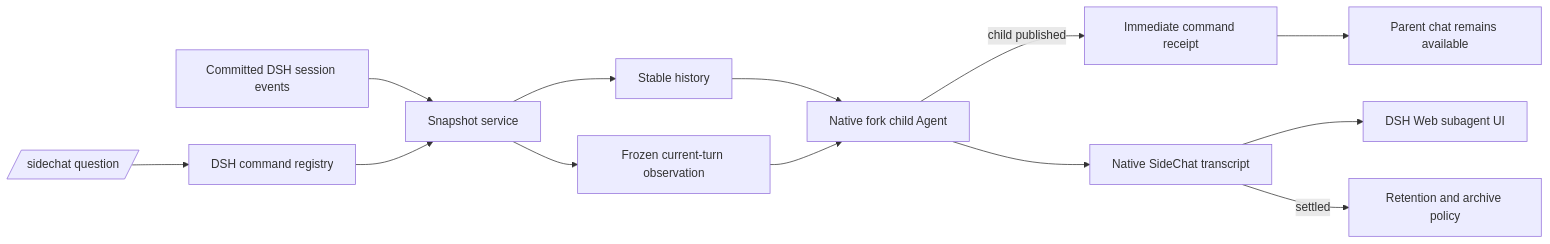
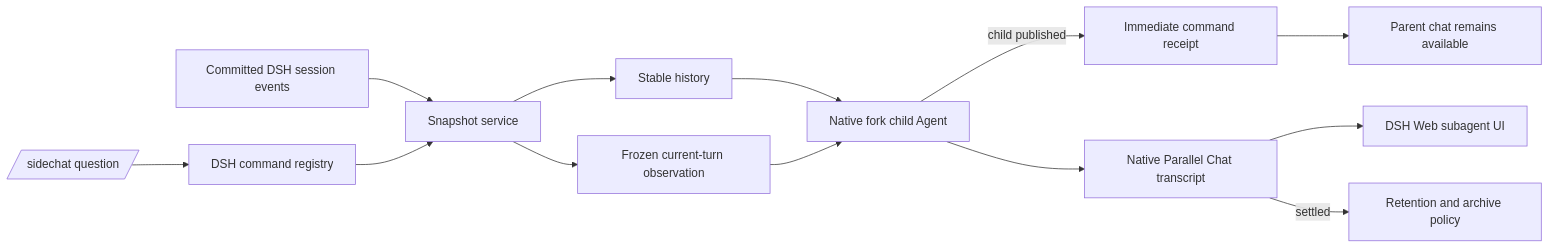
The diagram in README.md (Glaz-j/dsh-sidechat), drawn with Mermaid before and after one commit. The commit also changed other lines of this file and 13 other files, not shown here.

Commit message:
refactor: rename package to dsh-parallel-chat

````diff
--- a/README.md
+++ b/README.md
@@ -100,15 +102,15 @@
 ```mermaid
 flowchart LR
     U[/sidechat question/] --> C[DSH command registry]
     D[Committed DSH session events] --> S[Snapshot service]
     C --> S
     S --> H[Stable history]
     S --> O[Frozen current-turn observation]
     H --> F[Native fork child Agent]
     O --> F
     F -->|child published| R[Immediate command receipt]
     R --> P[Parent chat remains available]
-    F --> T[Native SideChat transcript]
+    F --> T[Native Parallel Chat transcript]
     T --> W[DSH Web subagent UI]
     T -->|settled| L[Retention and archive policy]
 ```
````
